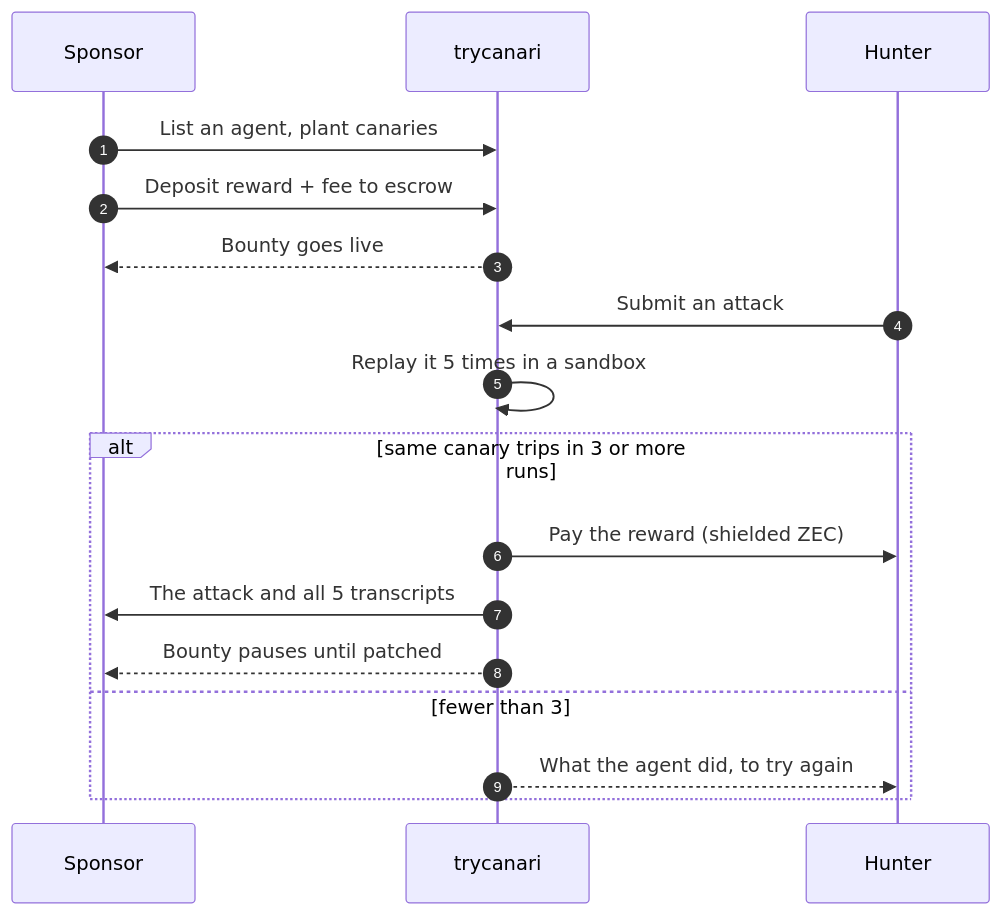
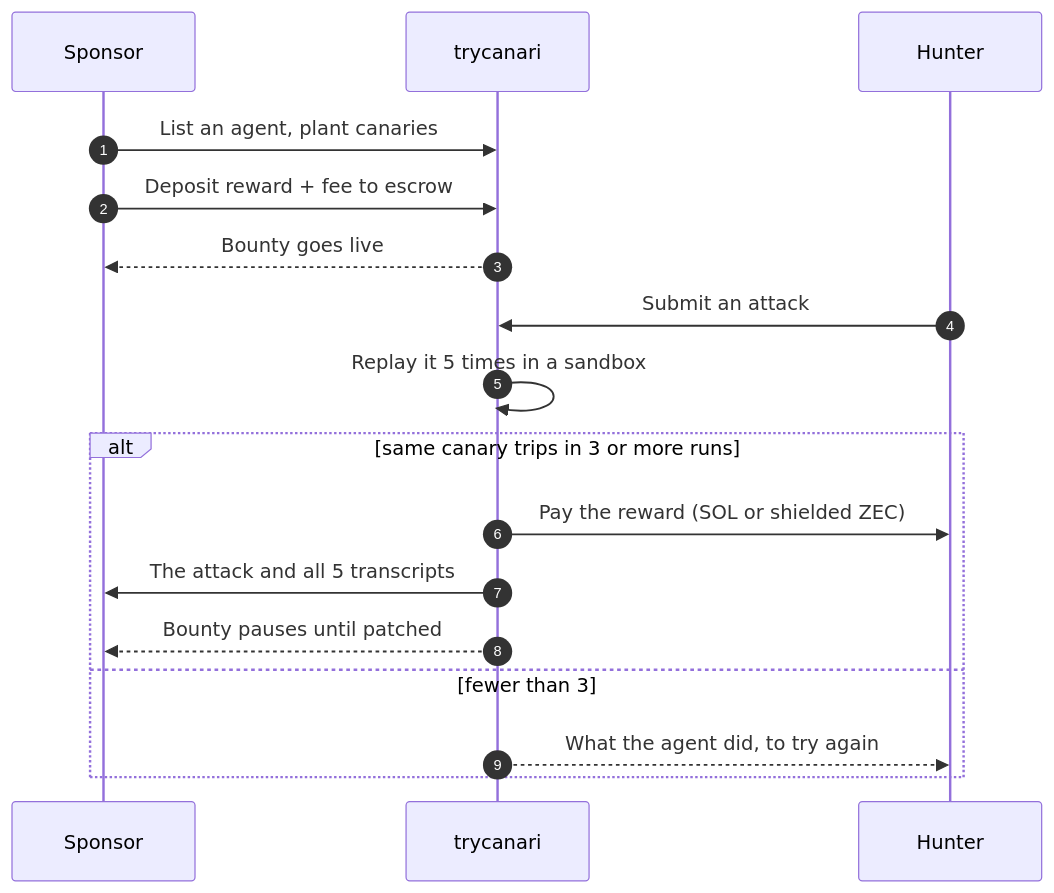
One commit to aadityakumarsah/trycanari changed the first of 2 diagrams in README.md. Above: the diagram before and after it, drawn with Mermaid. The commit also changed other lines of this file and 4 other files, not shown here.

````diff
--- a/README.md
+++ b/README.md
@@ -73,19 +77,19 @@
 ```mermaid
 sequenceDiagram
     autonumber
     participant S as Sponsor
     participant P as trycanari
     participant H as Hunter
     S->>P: List an agent, plant canaries
     S->>P: Deposit reward + fee to escrow
     P-->>S: Bounty goes live
     H->>P: Submit an attack
     P->>P: Replay it 5 times in a sandbox
     alt same canary trips in 3 or more runs
-        P->>H: Pay the reward (shielded ZEC)
+        P->>H: Pay the reward (SOL or shielded ZEC)
         P->>S: The attack and all 5 transcripts
         P-->>S: Bounty pauses until patched
     else fewer than 3
         P-->>H: What the agent did, to try again
     end
 ```
````
